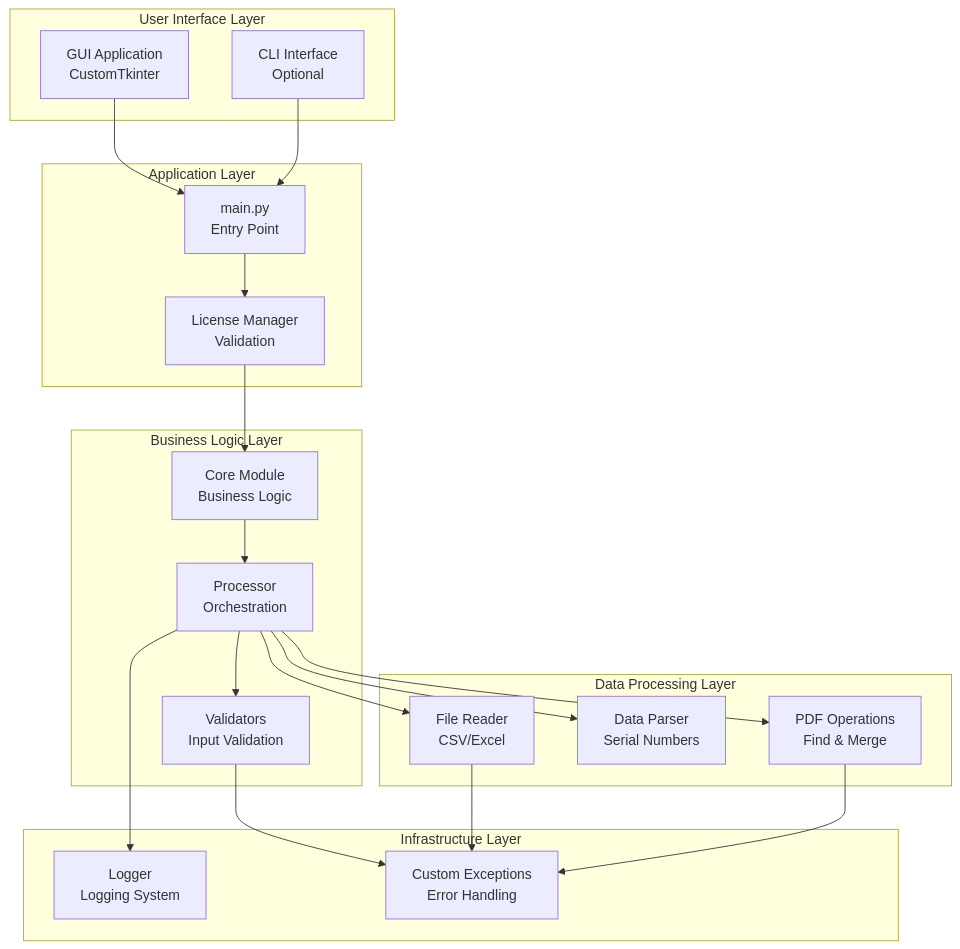
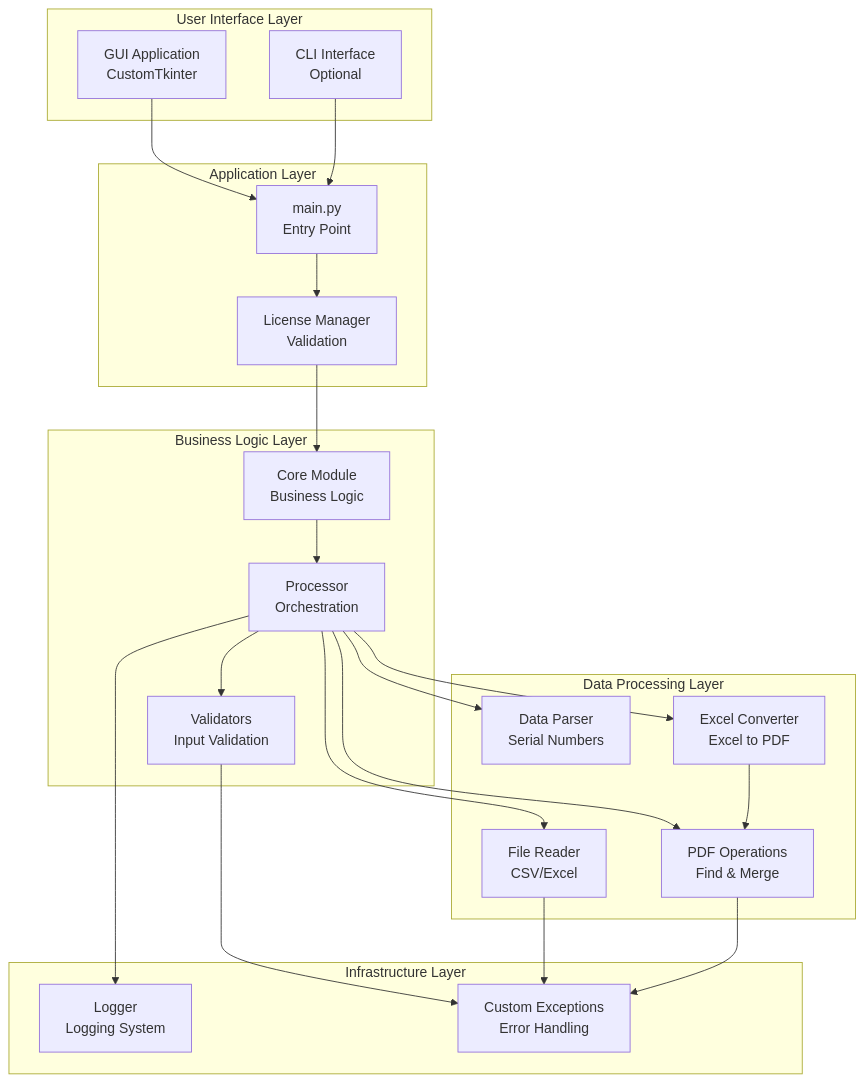
One commit to Yoavsb25/files_unifeder changed the first of 6 diagrams in ARCHITECTURE.md. Above: the diagram before and after it, drawn with Mermaid. The commit also changed other lines of this file and 36 other files, not shown here.

First line of the commit message:
Support excel files to pdf (#10)

````diff
--- a/ARCHITECTURE.md
+++ b/ARCHITECTURE.md
@@ -32,43 +33,46 @@
 ```mermaid
 graph TB
     subgraph "User Interface Layer"
         GUI[GUI Application<br/>CustomTkinter]
         CLI[CLI Interface<br/>Optional]
     end
     
     subgraph "Application Layer"
         Main[main.py<br/>Entry Point]
         License[License Manager<br/>Validation]
     end
     
     subgraph "Business Logic Layer"
         Core[Core Module<br/>Business Logic]
         Processor[Processor<br/>Orchestration]
         Validator[Validators<br/>Input Validation]
     end
     
     subgraph "Data Processing Layer"
         FileReader[File Reader<br/>CSV/Excel]
         DataParser[Data Parser<br/>Serial Numbers]
         PDFOps[PDF Operations<br/>Find & Merge]
+        ExcelConv[Excel Converter<br/>Excel to PDF]
     end
     
     subgraph "Infrastructure Layer"
         Logger[Logger<br/>Logging System]
         Exceptions[Custom Exceptions<br/>Error Handling]
     end
     
     GUI --> Main
     CLI --> Main
     Main --> License
     License --> Core
     Core --> Processor
     Processor --> Validator
     Processor --> FileReader
     Processor --> DataParser
     Processor --> PDFOps
+    Processor --> ExcelConv
     Processor --> Logger
+    ExcelConv --> PDFOps
     Validator --> Exceptions
     FileReader --> Exceptions
     PDFOps --> Exceptions
 ```
````
